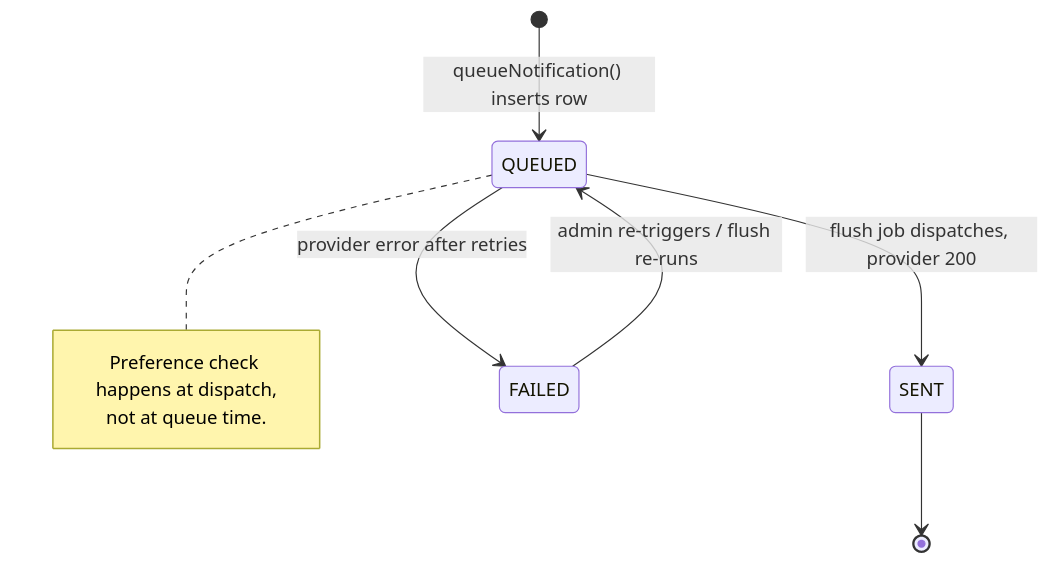
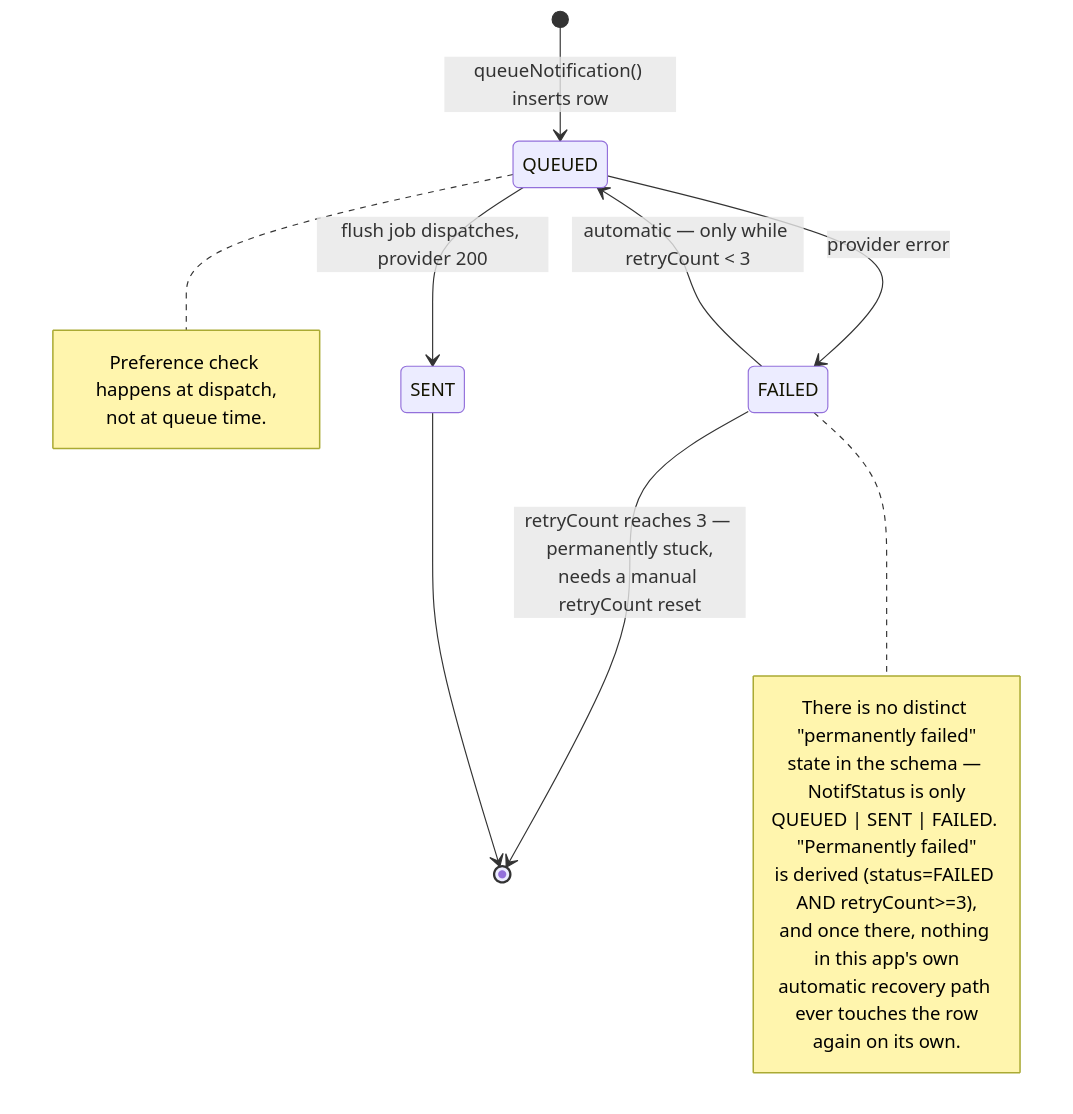
The first of 3 diagrams in docs/flows/04-notification-pipeline.md (KSDRILL-SA/Xkimi-Xa-Mali), drawn with Mermaid before and after one commit. The commit also changed other lines of this file and 5 other files, not shown here.

````diff
--- a/docs/flows/04-notification-pipeline.md
+++ b/docs/flows/04-notification-pipeline.md
@@ -11,12 +11,22 @@
 ```mermaid
 stateDiagram-v2
     [*] --> QUEUED : queueNotification() inserts row
     QUEUED --> SENT : flush job dispatches, provider 200
-    QUEUED --> FAILED : provider error after retries
-    FAILED --> QUEUED : admin re-triggers / flush re-runs
+    QUEUED --> FAILED : provider error
+    FAILED --> QUEUED : automatic — only while retryCount < 3
+    FAILED --> [*] : retryCount reaches 3 — permanently stuck,<br/>needs a manual retryCount reset
     SENT --> [*]
     note right of QUEUED
         Preference check happens at dispatch,
         not at queue time.
     end note
+    note right of FAILED
+        There is no distinct "permanently failed"
+        state in the schema — NotifStatus is only
+        QUEUED | SENT | FAILED. "Permanently failed"
+        is derived (status=FAILED AND retryCount>=3),
+        and once there, nothing in this app's own
+        automatic recovery path ever touches the row
+        again on its own.
+    end note
 ```
````
